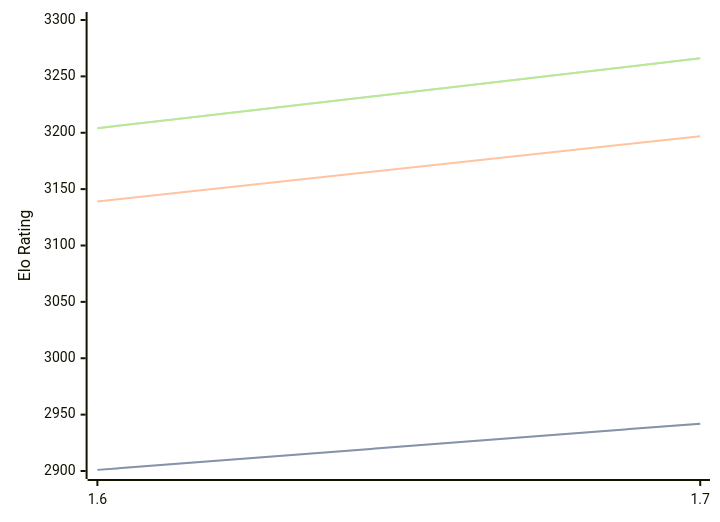
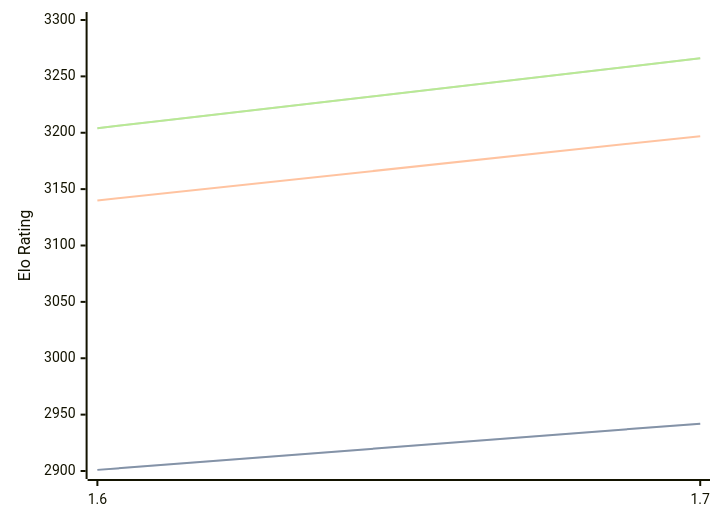
One commit to computer-chess-index/cci changed the diagram in engines/Bitbit.md. Above: the diagram before and after it, drawn with Mermaid. The commit also changed other lines of this file, not shown here.

````diff
--- a/engines/Bitbit.md
+++ b/engines/Bitbit.md
@@ -32,11 +32,11 @@
 ```mermaid
 %%{init: {"theme":"base","themeVariables":{"seriesColors:['#a3a3a3','#222221','#faa371']}}}%%
 xychart-beta
   x-axis ["1.6", "1.7"]
   y-axis "Elo Rating" 2900 --> 3300
   line "STC (8.0+0.08s)" [2901, 2942]
   line "STC (8.0+0.08s)" [2901, 2942]
-  line "LTC (60.0+0.60s)" [3139, 3197]
+  line "LTC (60.0+0.60s)" [3140, 3197]
   line "VLTC (2m24s+1.12s)" [3204, 3266]
   line "VLTC (2m24s+1.12s)" [3204, 3266]
 ```
````
